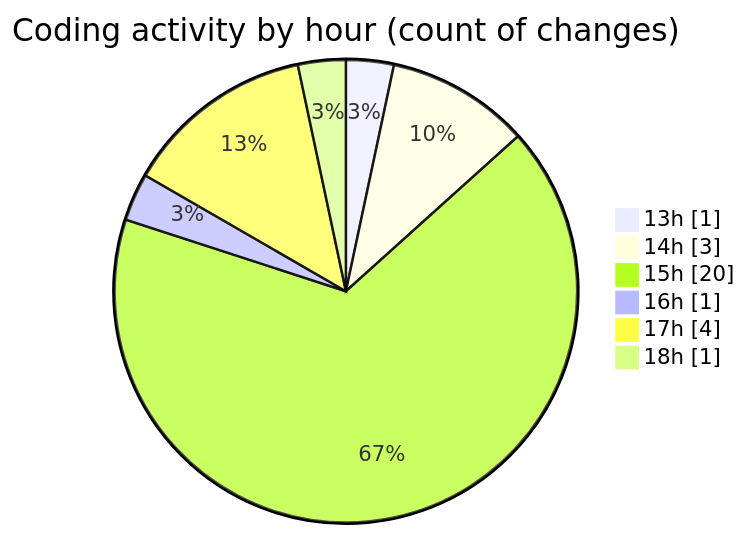
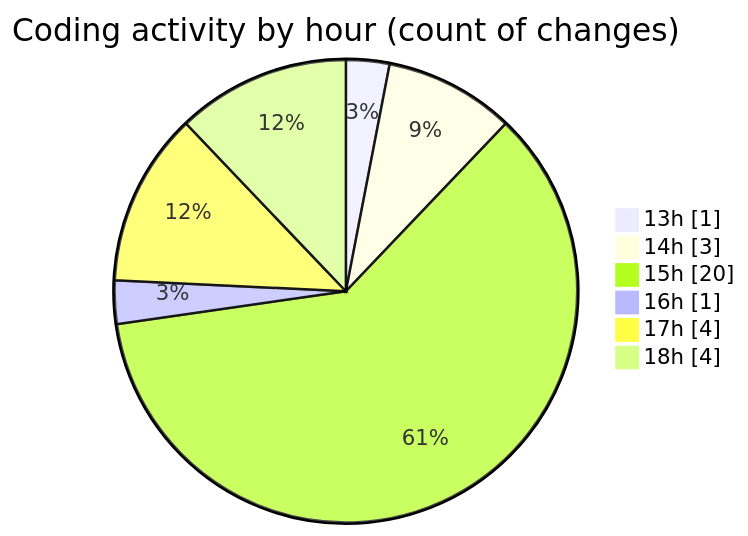
The second of 2 diagrams in 2025-04-12/nxtqube_webapp/README.md (nxtqubesakshisongat/code-tracking), drawn with Mermaid before and after one commit. The commit also changed other lines of this file and 1 other file, not shown here.

````diff
--- a/2025-04-12/nxtqube_webapp/README.md
+++ b/2025-04-12/nxtqube_webapp/README.md
@@ -31,10 +33,10 @@
 ```mermaid
 pie showData
 title Coding activity by hour (count of changes)
 "13h" : 1
 "14h" : 3
 "15h" : 20
 "16h" : 1
 "17h" : 4
-"18h" : 1
+"18h" : 4
 ```
````
